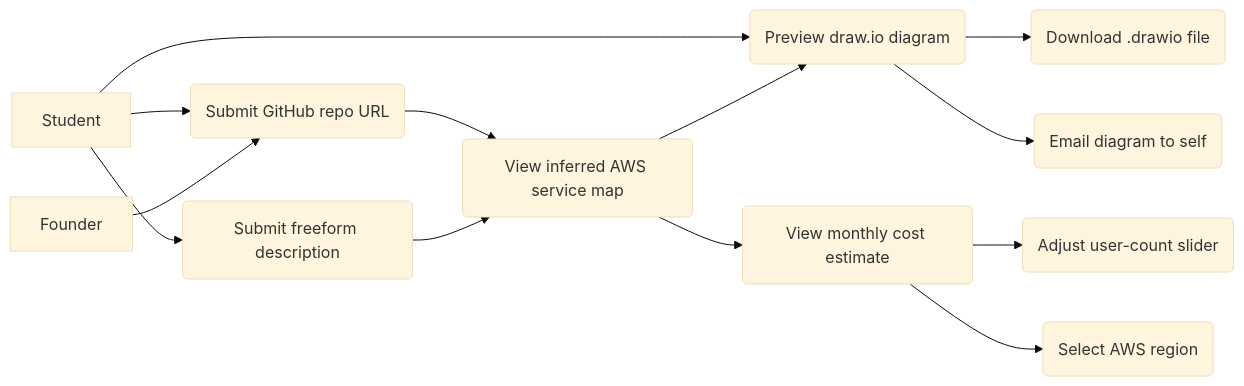
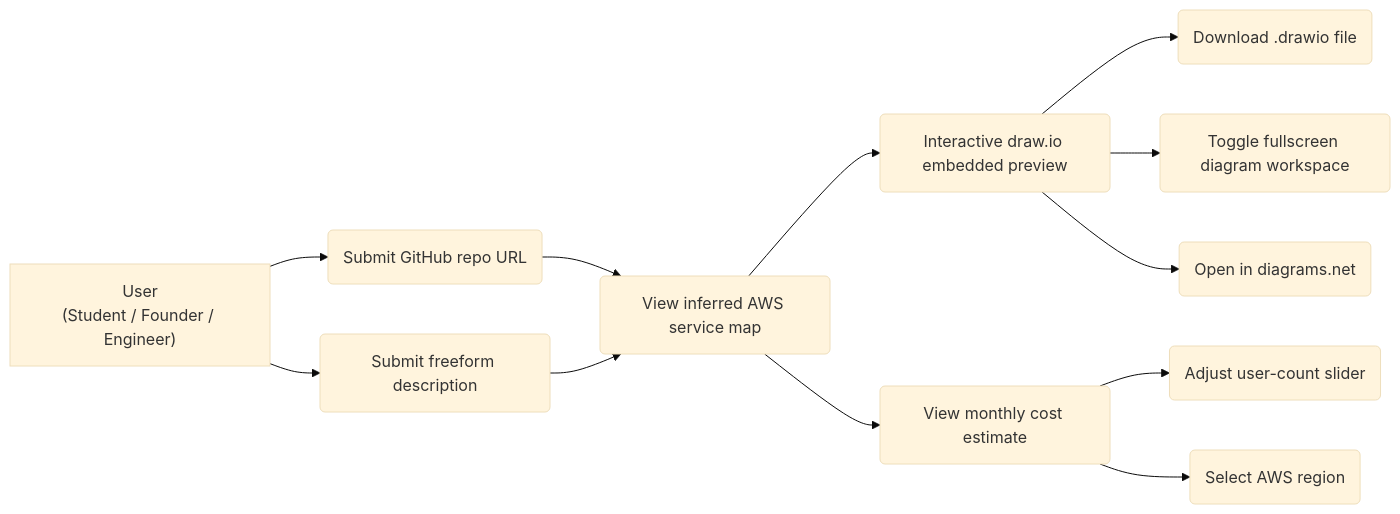
The first of 7 diagrams in DIAGRAMS.md (Jaimin-chavda/AWS-Architecture-And-Cost-Estimation-Tool), drawn with Mermaid (base theme) before and after one commit. The commit also changed other lines of this file and 3 other files, not shown here.

Commit message:
docs: update DIAGRAMS.md, FLOW.md, TIMELINE.md, and DECISIONS.md to reflect current diagram engine and workspace implementation

````diff
--- a/DIAGRAMS.md
+++ b/DIAGRAMS.md
@@ -9,26 +9,26 @@
 ```mermaid
 flowchart LR
-    Student["Student"]
+    Student["User<br/>(Student / Founder / Engineer)"]
     UC1(Submit GitHub repo URL)
     UC2(Submit freeform description)
     UC3(View inferred AWS service map)
-    UC4(Preview draw.io diagram)
+    UC4(Interactive draw.io embedded preview)
     UC5(Download .drawio file)
     UC6(View monthly cost estimate)
     UC7(Adjust user-count slider)
     UC8(Select AWS region)
-    UC9(Email diagram to self)
+    UC9(Toggle fullscreen diagram workspace)
+    UC10(Open in diagrams.net)
 
     Student --> UC1
     Student --> UC2
-    Student --> UC4
-    Founder --> UC1
     UC1 --> UC3
     UC2 --> UC3
     UC3 --> UC4
     UC4 --> UC5
+    UC4 --> UC9
+    UC4 --> UC10
     UC3 --> UC6
     UC6 --> UC7
     UC6 --> UC8
-    UC4 --> UC9
 ```
````
